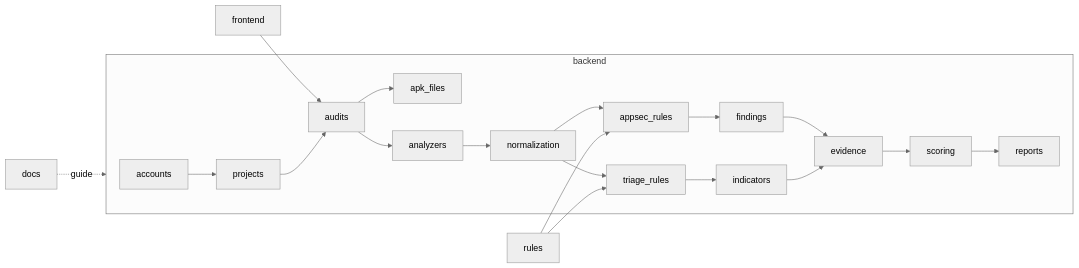
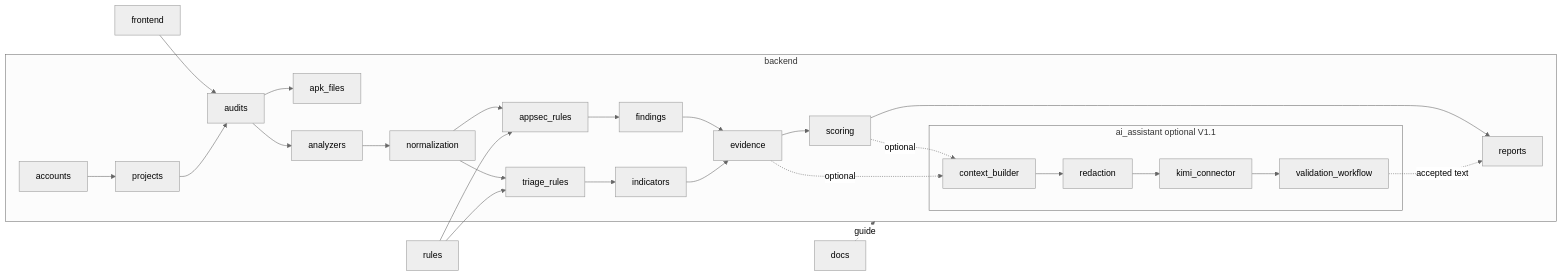
The diagram in docs/03_Architecture/12_Package_Module_Diagram.md (nine11-tech/MSAP), drawn with Mermaid (neutral theme) before and after one commit. The commit also changed other lines of this file and 33 other files, not shown here.

Commit message:
Add optional Kimi AI-assisted triage and reporting design

````diff
--- a/docs/03_Architecture/12_Package_Module_Diagram.md
+++ b/docs/03_Architecture/12_Package_Module_Diagram.md
@@ -7,41 +7,53 @@
 ```mermaid
 flowchart LR
     FE[frontend]
 
     subgraph BE[backend]
         ACC[accounts]
         PROJ[projects]
         AUD[audits]
         APK[apk_files]
         AN[analyzers]
         NORM[normalization]
         APP[appsec_rules]
         TRI[triage_rules]
         FIND[findings]
         IND[indicators]
         EVID[evidence]
         SCORE[scoring]
         REP[reports]
+        subgraph AI[ai_assistant optional V1.1]
+            AICB[context_builder]
+            AIR[redaction]
+            KCON[kimi_connector]
+            AIV[validation_workflow]
+        end
     end
 
     RULES[rules]
     DOCS[docs]
 
     FE --> AUD
     ACC --> PROJ
     PROJ --> AUD
     AUD --> APK
     AUD --> AN
     AN --> NORM
     NORM --> APP
     NORM --> TRI
     APP --> FIND
     TRI --> IND
     FIND --> EVID
     IND --> EVID
     EVID --> SCORE
     SCORE --> REP
+    SCORE -. optional .-> AICB
+    EVID -. optional .-> AICB
+    AICB --> AIR
+    AIR --> KCON
+    KCON --> AIV
+    AIV -. accepted text .-> REP
     RULES --> APP
     RULES --> TRI
     DOCS -. guide .-> BE
 ```
````
